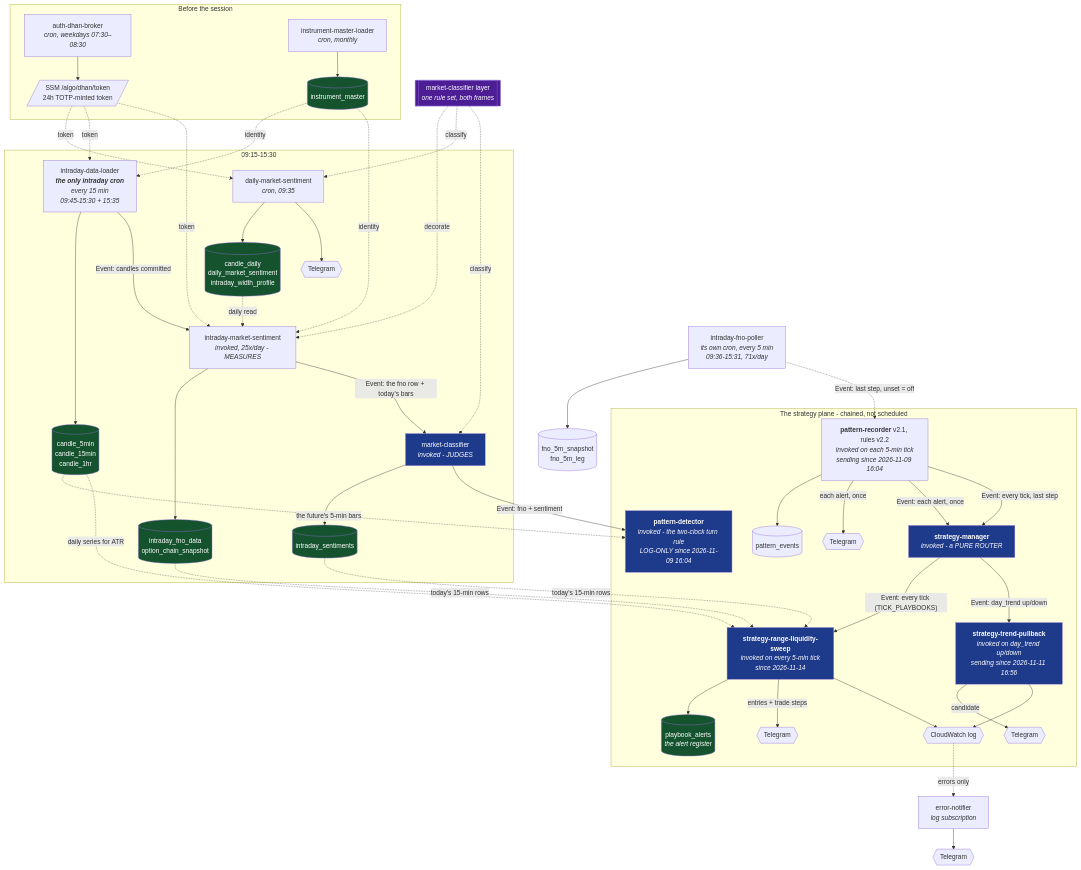
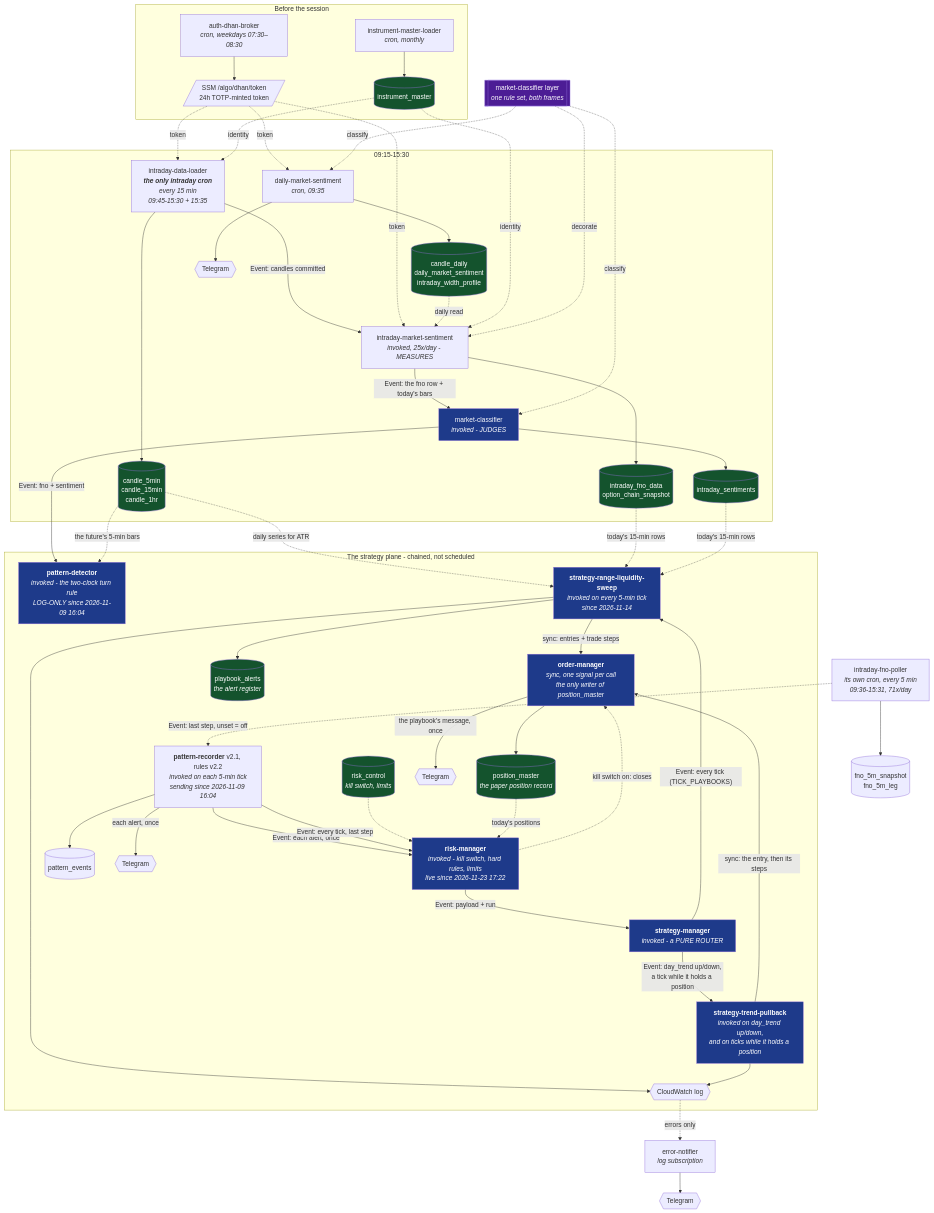
Before and after one commit to amar7585/aws-algo-claude: the first of 7 diagrams in docs/flow.md, drawn with Mermaid. The commit also changed other lines of this file and 4 other files, not shown here.

First line of the commit message:
docs: P2a and P2b - the risk manager in front, trend follows its trades, messages through order-manager

```diff
--- a/docs/flow.md
+++ b/docs/flow.md
@@ -26,19 +26,27 @@
 
     subgraph STRAT["The strategy plane - chained, not scheduled"]
         PD["<b>pattern-detector</b><br/><i>invoked - the two-clock turn rule<br/>LOG-ONLY since 2026-11-09 16:04</i>"]
+        RM["<b>risk-manager</b><br/><i>invoked - kill switch, hard rules, limits<br/>live since 2026-11-23 17:22</i>"]
         MGR["<b>strategy-manager</b><br/><i>invoked - a PURE ROUTER</i>"]
+        OM["<b>order-manager</b><br/><i>sync, one signal per call<br/>the only writer of position_master</i>"]
         SWEEP["<b>strategy-range-liquidity-sweep</b><br/><i>invoked on every 5-min tick<br/>since 2026-11-14</i>"]
-        TREND["<b>strategy-trend-pullback</b><br/><i>invoked on day_trend up/down<br/>sending since 2026-11-11 16:56</i>"]
+        TREND["<b>strategy-trend-pullback</b><br/><i>invoked on day_trend up/down,<br/>and on ticks while it holds a position</i>"]
         REC["<b>pattern-recorder</b> v2.1, rules v2.2<br/><i>invoked on each 5-min tick<br/>sending since 2026-11-09 16:04</i>"] --> PEV[("pattern_events")]
         REC -->|"each alert, once"| TG3{{"Telegram"}}
-        REC -->|"Event: each alert, once"| MGR
-        REC -->|"Event: every tick, last step"| MGR
+        REC -->|"Event: each alert, once"| RM
+        REC -->|"Event: every tick, last step"| RM
+        RC[("risk_control<br/><i>kill switch, limits</i>")] -.-> RM
+        RM -->|"Event: payload + run"| MGR
+        RM -.->|"kill switch on: closes"| OM
         MGR -->|"Event: every tick (TICK_PLAYBOOKS)"| SWEEP
-        MGR -->|"Event: day_trend up/down"| TREND
+        MGR -->|"Event: day_trend up/down,<br/>a tick while it holds a position"| TREND
         SWEEP --> PAL[("playbook_alerts<br/><i>the alert register</i>")]
-        SWEEP -->|"entries + trade steps"| TG5{{"Telegram"}}
+        SWEEP -->|"sync: entries + trade steps"| OM
+        TREND -->|"sync: the entry, then its steps"| OM
+        OM --> POS[("position_master<br/><i>the paper position record</i>")]
+        POS -.today's positions.-> RM
+        OM -->|"the playbook's message, once"| TG5{{"Telegram"}}
         SWEEP --> LOG{{"CloudWatch log"}}
-        TREND -->|"candidate"| TG4{{"Telegram"}}
         TREND --> LOG
     end
 
@@ -75,6 +83,10 @@
     style DTBL fill:#14532d,color:#fff
     style IM fill:#14532d,color:#fff
     style PAL fill:#14532d,color:#fff
+    style POS fill:#14532d,color:#fff
+    style RC fill:#14532d,color:#fff
+    style RM fill:#1e3a8a,color:#fff
+    style OM fill:#1e3a8a,color:#fff
     style CLSF fill:#1e3a8a,color:#fff
     style PD fill:#1e3a8a,color:#fff
     style MGR fill:#1e3a8a,color:#fff
```
